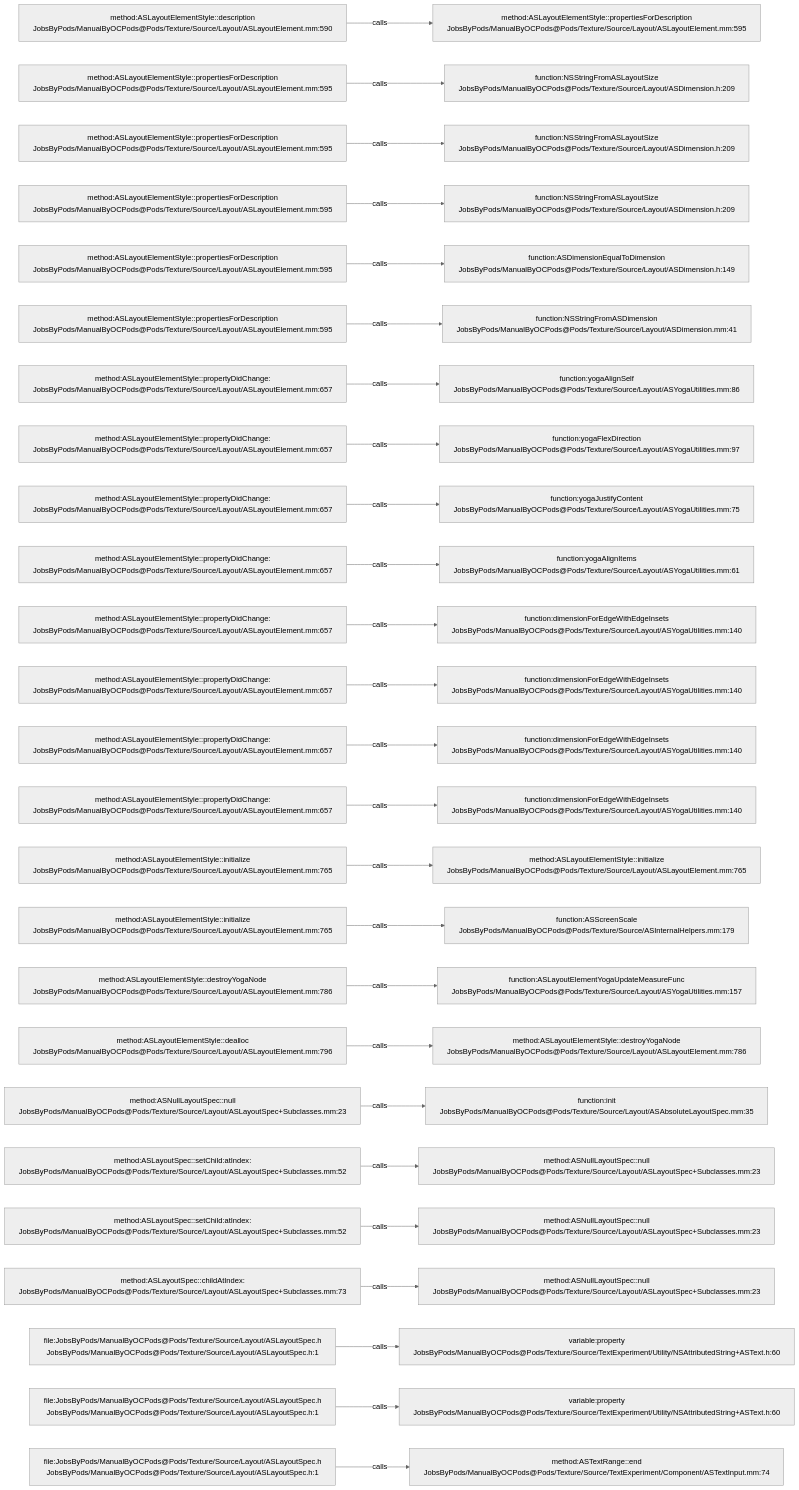
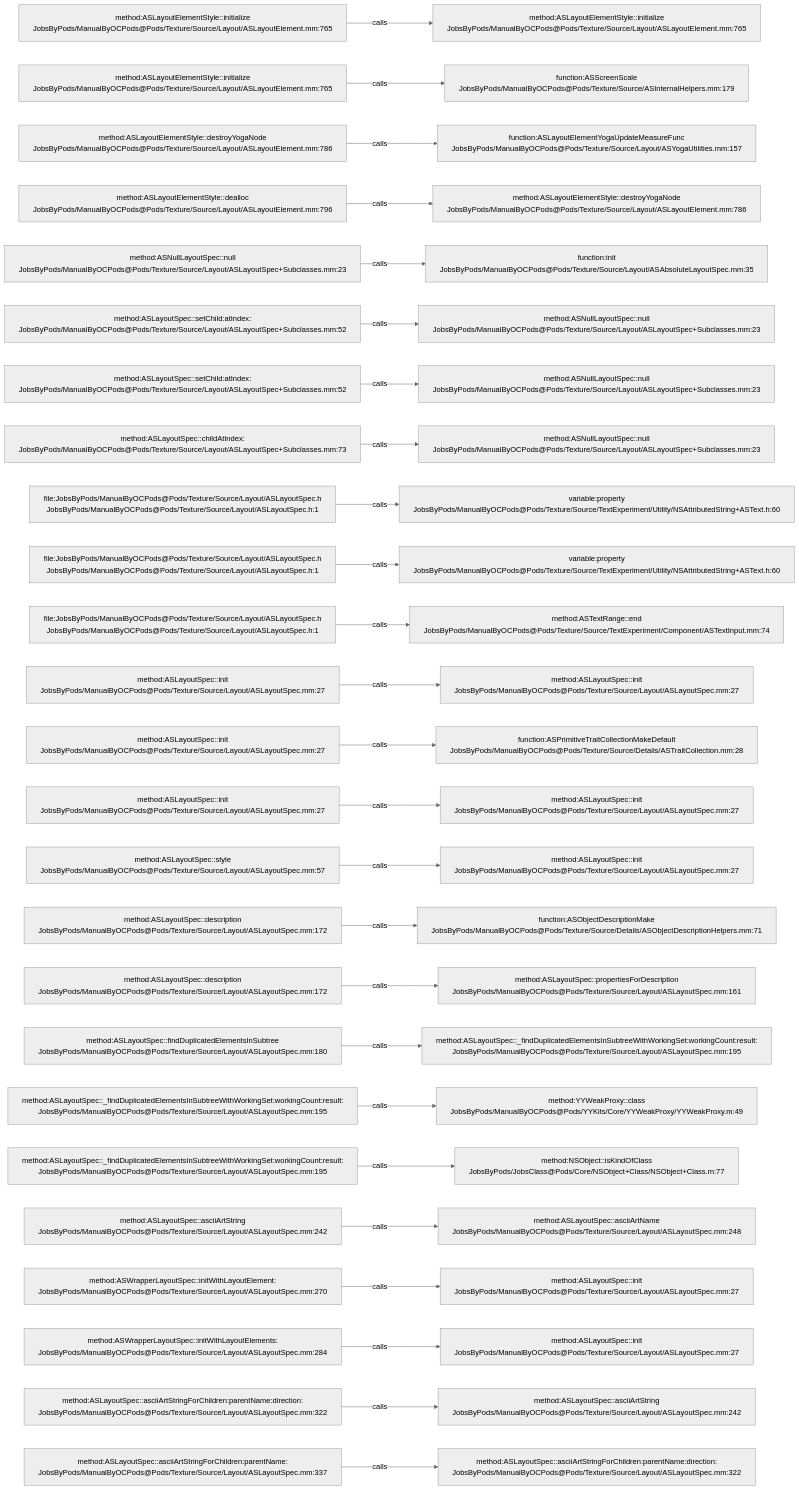
One commit to JobsKits/JobsOCBaseConfigDemo changed the diagram in .codegraph/codegraph.md/graphs/calls-182.md. Above: the diagram before and after it, drawn with Mermaid (neutral theme). The commit also changed 296 other files, not shown here.

````diff
--- a/.codegraph/codegraph.md/graphs/calls-182.md
+++ b/.codegraph/codegraph.md/graphs/calls-182.md
@@ -13,78 +13,78 @@
 ```mermaid
 flowchart LR
-  S1["method:ASLayoutElementStyle::description<br/>JobsByPods/ManualByOCPods@Pods/Texture/Source/Layout/ASLayoutElement.mm:590"]
-  T1["method:ASLayoutElementStyle::propertiesForDescription<br/>JobsByPods/ManualByOCPods@Pods/Texture/Source/Layout/ASLayoutElement.mm:595"]
+  S1["method:ASLayoutElementStyle::initialize<br/>JobsByPods/ManualByOCPods@Pods/Texture/Source/Layout/ASLayoutElement.mm:765"]
+  T1["method:ASLayoutElementStyle::initialize<br/>JobsByPods/ManualByOCPods@Pods/Texture/Source/Layout/ASLayoutElement.mm:765"]
   S1 -->|calls| T1
-  S2["method:ASLayoutElementStyle::propertiesForDescription<br/>JobsByPods/ManualByOCPods@Pods/Texture/Source/Layout/ASLayoutElement.mm:595"]
-  T2["function:NSStringFromASLayoutSize<br/>JobsByPods/ManualByOCPods@Pods/Texture/Source/Layout/ASDimension.h:209"]
+  S2["method:ASLayoutElementStyle::initialize<br/>JobsByPods/ManualByOCPods@Pods/Texture/Source/Layout/ASLayoutElement.mm:765"]
+  T2["function:ASScreenScale<br/>JobsByPods/ManualByOCPods@Pods/Texture/Source/ASInternalHelpers.mm:179"]
   S2 -->|calls| T2
-  S3["method:ASLayoutElementStyle::propertiesForDescription<br/>JobsByPods/ManualByOCPods@Pods/Texture/Source/Layout/ASLayoutElement.mm:595"]
-  T3["function:NSStringFromASLayoutSize<br/>JobsByPods/ManualByOCPods@Pods/Texture/Source/Layout/ASDimension.h:209"]
+  S3["method:ASLayoutElementStyle::destroyYogaNode<br/>JobsByPods/ManualByOCPods@Pods/Texture/Source/Layout/ASLayoutElement.mm:786"]
+  T3["function:ASLayoutElementYogaUpdateMeasureFunc<br/>JobsByPods/ManualByOCPods@Pods/Texture/Source/Layout/ASYogaUtilities.mm:157"]
   S3 -->|calls| T3
-  S4["method:ASLayoutElementStyle::propertiesForDescription<br/>JobsByPods/ManualByOCPods@Pods/Texture/Source/Layout/ASLayoutElement.mm:595"]
-  T4["function:NSStringFromASLayoutSize<br/>JobsByPods/ManualByOCPods@Pods/Texture/Source/Layout/ASDimension.h:209"]
+  S4["method:ASLayoutElementStyle::dealloc<br/>JobsByPods/ManualByOCPods@Pods/Texture/Source/Layout/ASLayoutElement.mm:796"]
+  T4["method:ASLayoutElementStyle::destroyYogaNode<br/>JobsByPods/ManualByOCPods@Pods/Texture/Source/Layout/ASLayoutElement.mm:786"]
   S4 -->|calls| T4
-  S5["method:ASLayoutElementStyle::propertiesForDescription<br/>JobsByPods/ManualByOCPods@Pods/Texture/Source/Layout/ASLayoutElement.mm:595"]
-  T5["function:ASDimensionEqualToDimension<br/>JobsByPods/ManualByOCPods@Pods/Texture/Source/Layout/ASDimension.h:149"]
+  S5["method:ASNullLayoutSpec::null<br/>JobsByPods/ManualByOCPods@Pods/Texture/Source/Layout/ASLayoutSpec+Subclasses.mm:23"]
+  T5["function:init<br/>JobsByPods/ManualByOCPods@Pods/Texture/Source/Layout/ASAbsoluteLayoutSpec.mm:35"]
   S5 -->|calls| T5
-  S6["method:ASLayoutElementStyle::propertiesForDescription<br/>JobsByPods/ManualByOCPods@Pods/Texture/Source/Layout/ASLayoutElement.mm:595"]
-  T6["function:NSStringFromASDimension<br/>JobsByPods/ManualByOCPods@Pods/Texture/Source/Layout/ASDimension.mm:41"]
+  S6["method:ASLayoutSpec::setChild:atIndex:<br/>JobsByPods/ManualByOCPods@Pods/Texture/Source/Layout/ASLayoutSpec+Subclasses.mm:52"]
+  T6["method:ASNullLayoutSpec::null<br/>JobsByPods/ManualByOCPods@Pods/Texture/Source/Layout/ASLayoutSpec+Subclasses.mm:23"]
   S6 -->|calls| T6
-  S7["method:ASLayoutElementStyle::propertyDidChange:<br/>JobsByPods/ManualByOCPods@Pods/Texture/Source/Layout/ASLayoutElement.mm:657"]
-  T7["function:yogaAlignSelf<br/>JobsByPods/ManualByOCPods@Pods/Texture/Source/Layout/ASYogaUtilities.mm:86"]
+  S7["method:ASLayoutSpec::setChild:atIndex:<br/>JobsByPods/ManualByOCPods@Pods/Texture/Source/Layout/ASLayoutSpec+Subclasses.mm:52"]
+  T7["method:ASNullLayoutSpec::null<br/>JobsByPods/ManualByOCPods@Pods/Texture/Source/Layout/ASLayoutSpec+Subclasses.mm:23"]
   S7 -->|calls| T7
-  S8["method:ASLayoutElementStyle::propertyDidChange:<br/>JobsByPods/ManualByOCPods@Pods/Texture/Source/Layout/ASLayoutElement.mm:657"]
-  T8["function:yogaFlexDirection<br/>JobsByPods/ManualByOCPods@Pods/Texture/Source/Layout/ASYogaUtilities.mm:97"]
+  S8["method:ASLayoutSpec::childAtIndex:<br/>JobsByPods/ManualByOCPods@Pods/Texture/Source/Layout/ASLayoutSpec+Subclasses.mm:73"]
+  T8["method:ASNullLayoutSpec::null<br/>JobsByPods/ManualByOCPods@Pods/Texture/Source/Layout/ASLayoutSpec+Subclasses.mm:23"]
   S8 -->|calls| T8
-  S9["method:ASLayoutElementStyle::propertyDidChange:<br/>JobsByPods/ManualByOCPods@Pods/Texture/Source/Layout/ASLayoutElement.mm:657"]
-  T9["function:yogaJustifyContent<br/>JobsByPods/ManualByOCPods@Pods/Texture/Source/Layout/ASYogaUtilities.mm:75"]
+  S9["file:JobsByPods/ManualByOCPods@Pods/Texture/Source/Layout/ASLayoutSpec.h<br/>JobsByPods/ManualByOCPods@Pods/Texture/Source/Layout/ASLayoutSpec.h:1"]
+  T9["variable:property<br/>JobsByPods/ManualByOCPods@Pods/Texture/Source/TextExperiment/Utility/NSAttributedString+ASText.h:60"]
   S9 -->|calls| T9
-  S10["method:ASLayoutElementStyle::propertyDidChange:<br/>JobsByPods/ManualByOCPods@Pods/Texture/Source/Layout/ASLayoutElement.mm:657"]
-  T10["function:yogaAlignItems<br/>JobsByPods/ManualByOCPods@Pods/Texture/Source/Layout/ASYogaUtilities.mm:61"]
+  S10["file:JobsByPods/ManualByOCPods@Pods/Texture/Source/Layout/ASLayoutSpec.h<br/>JobsByPods/ManualByOCPods@Pods/Texture/Source/Layout/ASLayoutSpec.h:1"]
+  T10["variable:property<br/>JobsByPods/ManualByOCPods@Pods/Texture/Source/TextExperiment/Utility/NSAttributedString+ASText.h:60"]
   S10 -->|calls| T10
-  S11["method:ASLayoutElementStyle::propertyDidChange:<br/>JobsByPods/ManualByOCPods@Pods/Texture/Source/Layout/ASLayoutElement.mm:657"]
-  T11["function:dimensionForEdgeWithEdgeInsets<br/>JobsByPods/ManualByOCPods@Pods/Texture/Source/Layout/ASYogaUtilities.mm:140"]
+  S11["file:JobsByPods/ManualByOCPods@Pods/Texture/Source/Layout/ASLayoutSpec.h<br/>JobsByPods/ManualByOCPods@Pods/Texture/Source/Layout/ASLayoutSpec.h:1"]
+  T11["method:ASTextRange::end<br/>JobsByPods/ManualByOCPods@Pods/Texture/Source/TextExperiment/Component/ASTextInput.mm:74"]
   S11 -->|calls| T11
-  S12["method:ASLayoutElementStyle::propertyDidChange:<br/>JobsByPods/ManualByOCPods@Pods/Texture/Source/Layout/ASLayoutElement.mm:657"]
-  T12["function:dimensionForEdgeWithEdgeInsets<br/>JobsByPods/ManualByOCPods@Pods/Texture/Source/Layout/ASYogaUtilities.mm:140"]
+  S12["method:ASLayoutSpec::init<br/>JobsByPods/ManualByOCPods@Pods/Texture/Source/Layout/ASLayoutSpec.mm:27"]
+  T12["method:ASLayoutSpec::init<br/>JobsByPods/ManualByOCPods@Pods/Texture/Source/Layout/ASLayoutSpec.mm:27"]
   S12 -->|calls| T12
-  S13["method:ASLayoutElementStyle::propertyDidChange:<br/>JobsByPods/ManualByOCPods@Pods/Texture/Source/Layout/ASLayoutElement.mm:657"]
-  T13["function:dimensionForEdgeWithEdgeInsets<br/>JobsByPods/ManualByOCPods@Pods/Texture/Source/Layout/ASYogaUtilities.mm:140"]
+  S13["method:ASLayoutSpec::init<br/>JobsByPods/ManualByOCPods@Pods/Texture/Source/Layout/ASLayoutSpec.mm:27"]
+  T13["function:ASPrimitiveTraitCollectionMakeDefault<br/>JobsByPods/ManualByOCPods@Pods/Texture/Source/Details/ASTraitCollection.mm:28"]
   S13 -->|calls| T13
-  S14["method:ASLayoutElementStyle::propertyDidChange:<br/>JobsByPods/ManualByOCPods@Pods/Texture/Source/Layout/ASLayoutElement.mm:657"]
-  T14["function:dimensionForEdgeWithEdgeInsets<br/>JobsByPods/ManualByOCPods@Pods/Texture/Source/Layout/ASYogaUtilities.mm:140"]
+  S14["method:ASLayoutSpec::init<br/>JobsByPods/ManualByOCPods@Pods/Texture/Source/Layout/ASLayoutSpec.mm:27"]
+  T14["method:ASLayoutSpec::init<br/>JobsByPods/ManualByOCPods@Pods/Texture/Source/Layout/ASLayoutSpec.mm:27"]
   S14 -->|calls| T14
-  S15["method:ASLayoutElementStyle::initialize<br/>JobsByPods/ManualByOCPods@Pods/Texture/Source/Layout/ASLayoutElement.mm:765"]
-  T15["method:ASLayoutElementStyle::initialize<br/>JobsByPods/ManualByOCPods@Pods/Texture/Source/Layout/ASLayoutElement.mm:765"]
+  S15["method:ASLayoutSpec::style<br/>JobsByPods/ManualByOCPods@Pods/Texture/Source/Layout/ASLayoutSpec.mm:57"]
+  T15["method:ASLayoutSpec::init<br/>JobsByPods/ManualByOCPods@Pods/Texture/Source/Layout/ASLayoutSpec.mm:27"]
   S15 -->|calls| T15
-  S16["method:ASLayoutElementStyle::initialize<br/>JobsByPods/ManualByOCPods@Pods/Texture/Source/Layout/ASLayoutElement.mm:765"]
-  T16["function:ASScreenScale<br/>JobsByPods/ManualByOCPods@Pods/Texture/Source/ASInternalHelpers.mm:179"]
+  S16["method:ASLayoutSpec::description<br/>JobsByPods/ManualByOCPods@Pods/Texture/Source/Layout/ASLayoutSpec.mm:172"]
+  T16["function:ASObjectDescriptionMake<br/>JobsByPods/ManualByOCPods@Pods/Texture/Source/Details/ASObjectDescriptionHelpers.mm:71"]
   S16 -->|calls| T16
-  S17["method:ASLayoutElementStyle::destroyYogaNode<br/>JobsByPods/ManualByOCPods@Pods/Texture/Source/Layout/ASLayoutElement.mm:786"]
-  T17["function:ASLayoutElementYogaUpdateMeasureFunc<br/>JobsByPods/ManualByOCPods@Pods/Texture/Source/Layout/ASYogaUtilities.mm:157"]
+  S17["method:ASLayoutSpec::description<br/>JobsByPods/ManualByOCPods@Pods/Texture/Source/Layout/ASLayoutSpec.mm:172"]
+  T17["method:ASLayoutSpec::propertiesForDescription<br/>JobsByPods/ManualByOCPods@Pods/Texture/Source/Layout/ASLayoutSpec.mm:161"]
   S17 -->|calls| T17
-  S18["method:ASLayoutElementStyle::dealloc<br/>JobsByPods/ManualByOCPods@Pods/Texture/Source/Layout/ASLayoutElement.mm:796"]
-  T18["method:ASLayoutElementStyle::destroyYogaNode<br/>JobsByPods/ManualByOCPods@Pods/Texture/Source/Layout/ASLayoutElement.mm:786"]
+  S18["method:ASLayoutSpec::findDuplicatedElementsInSubtree<br/>JobsByPods/ManualByOCPods@Pods/Texture/Source/Layout/ASLayoutSpec.mm:180"]
+  T18["method:ASLayoutSpec::_findDuplicatedElementsInSubtreeWithWorkingSet:workingCount:result:<br/>JobsByPods/ManualByOCPods@Pods/Texture/Source/Layout/ASLayoutSpec.mm:195"]
   S18 -->|calls| T18
-  S19["method:ASNullLayoutSpec::null<br/>JobsByPods/ManualByOCPods@Pods/Texture/Source/Layout/ASLayoutSpec+Subclasses.mm:23"]
-  T19["function:init<br/>JobsByPods/ManualByOCPods@Pods/Texture/Source/Layout/ASAbsoluteLayoutSpec.mm:35"]
+  S19["method:ASLayoutSpec::_findDuplicatedElementsInSubtreeWithWorkingSet:workingCount:result:<br/>JobsByPods/ManualByOCPods@Pods/Texture/Source/Layout/ASLayoutSpec.mm:195"]
+  T19["method:YYWeakProxy::class<br/>JobsByPods/ManualByOCPods@Pods/YYKits/Core/YYWeakProxy/YYWeakProxy.m:49"]
   S19 -->|calls| T19
-  S20["method:ASLayoutSpec::setChild:atIndex:<br/>JobsByPods/ManualByOCPods@Pods/Texture/Source/Layout/ASLayoutSpec+Subclasses.mm:52"]
-  T20["method:ASNullLayoutSpec::null<br/>JobsByPods/ManualByOCPods@Pods/Texture/Source/Layout/ASLayoutSpec+Subclasses.mm:23"]
+  S20["method:ASLayoutSpec::_findDuplicatedElementsInSubtreeWithWorkingSet:workingCount:result:<br/>JobsByPods/ManualByOCPods@Pods/Texture/Source/Layout/ASLayoutSpec.mm:195"]
+  T20["method:NSObject::isKindOfClass<br/>JobsByPods/JobsClass@Pods/Core/NSObject+Class/NSObject+Class.m:77"]
   S20 -->|calls| T20
-  S21["method:ASLayoutSpec::setChild:atIndex:<br/>JobsByPods/ManualByOCPods@Pods/Texture/Source/Layout/ASLayoutSpec+Subclasses.mm:52"]
-  T21["method:ASNullLayoutSpec::null<br/>JobsByPods/ManualByOCPods@Pods/Texture/Source/Layout/ASLayoutSpec+Subclasses.mm:23"]
+  S21["method:ASLayoutSpec::asciiArtString<br/>JobsByPods/ManualByOCPods@Pods/Texture/Source/Layout/ASLayoutSpec.mm:242"]
+  T21["method:ASLayoutSpec::asciiArtName<br/>JobsByPods/ManualByOCPods@Pods/Texture/Source/Layout/ASLayoutSpec.mm:248"]
   S21 -->|calls| T21
-  S22["method:ASLayoutSpec::childAtIndex:<br/>JobsByPods/ManualByOCPods@Pods/Texture/Source/Layout/ASLayoutSpec+Subclasses.mm:73"]
-  T22["method:ASNullLayoutSpec::null<br/>JobsByPods/ManualByOCPods@Pods/Texture/Source/Layout/ASLayoutSpec+Subclasses.mm:23"]
+  S22["method:ASWrapperLayoutSpec::initWithLayoutElement:<br/>JobsByPods/ManualByOCPods@Pods/Texture/Source/Layout/ASLayoutSpec.mm:270"]
+  T22["method:ASLayoutSpec::init<br/>JobsByPods/ManualByOCPods@Pods/Texture/Source/Layout/ASLayoutSpec.mm:27"]
   S22 -->|calls| T22
-  S23["file:JobsByPods/ManualByOCPods@Pods/Texture/Source/Layout/ASLayoutSpec.h<br/>JobsByPods/ManualByOCPods@Pods/Texture/Source/Layout/ASLayoutSpec.h:1"]
-  T23["variable:property<br/>JobsByPods/ManualByOCPods@Pods/Texture/Source/TextExperiment/Utility/NSAttributedString+ASText.h:60"]
+  S23["method:ASWrapperLayoutSpec::initWithLayoutElements:<br/>JobsByPods/ManualByOCPods@Pods/Texture/Source/Layout/ASLayoutSpec.mm:284"]
+  T23["method:ASLayoutSpec::init<br/>JobsByPods/ManualByOCPods@Pods/Texture/Source/Layout/ASLayoutSpec.mm:27"]
   S23 -->|calls| T23
-  S24["file:JobsByPods/ManualByOCPods@Pods/Texture/Source/Layout/ASLayoutSpec.h<br/>JobsByPods/ManualByOCPods@Pods/Texture/Source/Layout/ASLayoutSpec.h:1"]
-  T24["variable:property<br/>JobsByPods/ManualByOCPods@Pods/Texture/Source/TextExperiment/Utility/NSAttributedString+ASText.h:60"]
+  S24["method:ASLayoutSpec::asciiArtStringForChildren:parentName:direction:<br/>JobsByPods/ManualByOCPods@Pods/Texture/Source/Layout/ASLayoutSpec.mm:322"]
+  T24["method:ASLayoutSpec::asciiArtString<br/>JobsByPods/ManualByOCPods@Pods/Texture/Source/Layout/ASLayoutSpec.mm:242"]
   S24 -->|calls| T24
-  S25["file:JobsByPods/ManualByOCPods@Pods/Texture/Source/Layout/ASLayoutSpec.h<br/>JobsByPods/ManualByOCPods@Pods/Texture/Source/Layout/ASLayoutSpec.h:1"]
-  T25["method:ASTextRange::end<br/>JobsByPods/ManualByOCPods@Pods/Texture/Source/TextExperiment/Component/ASTextInput.mm:74"]
+  S25["method:ASLayoutSpec::asciiArtStringForChildren:parentName:<br/>JobsByPods/ManualByOCPods@Pods/Texture/Source/Layout/ASLayoutSpec.mm:337"]
+  T25["method:ASLayoutSpec::asciiArtStringForChildren:parentName:direction:<br/>JobsByPods/ManualByOCPods@Pods/Texture/Source/Layout/ASLayoutSpec.mm:322"]
   S25 -->|calls| T25
 ```
````
